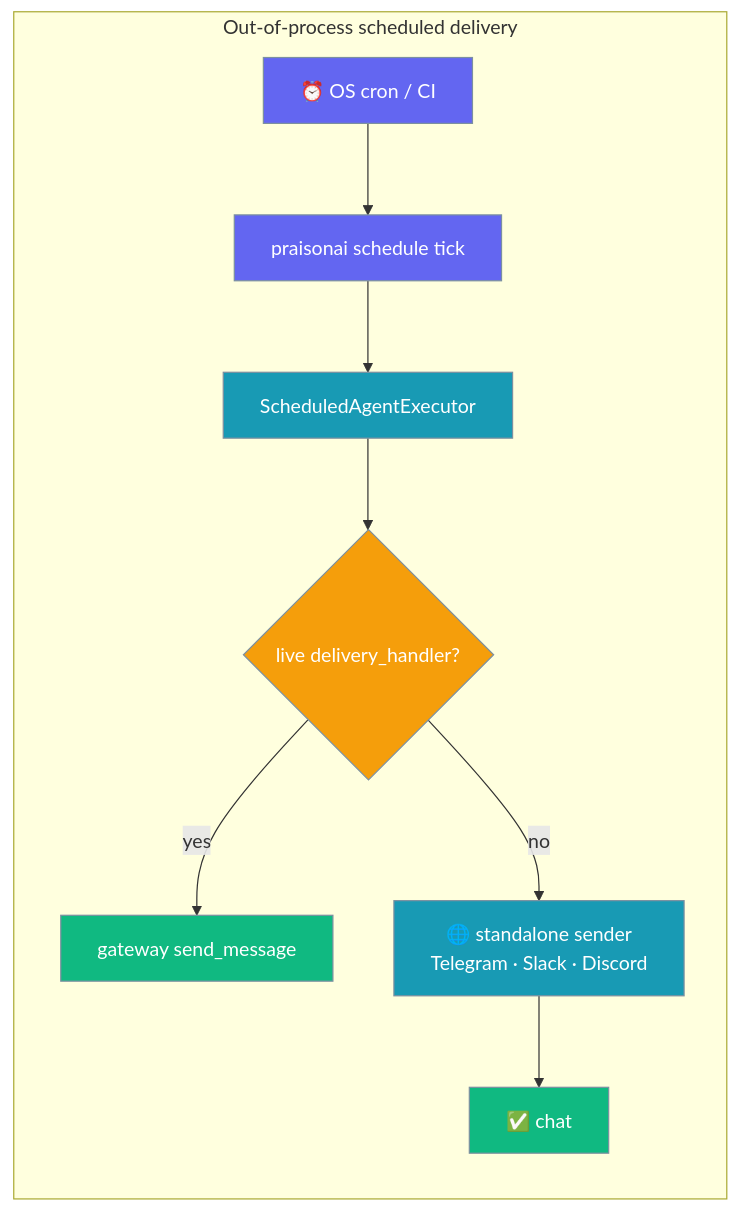
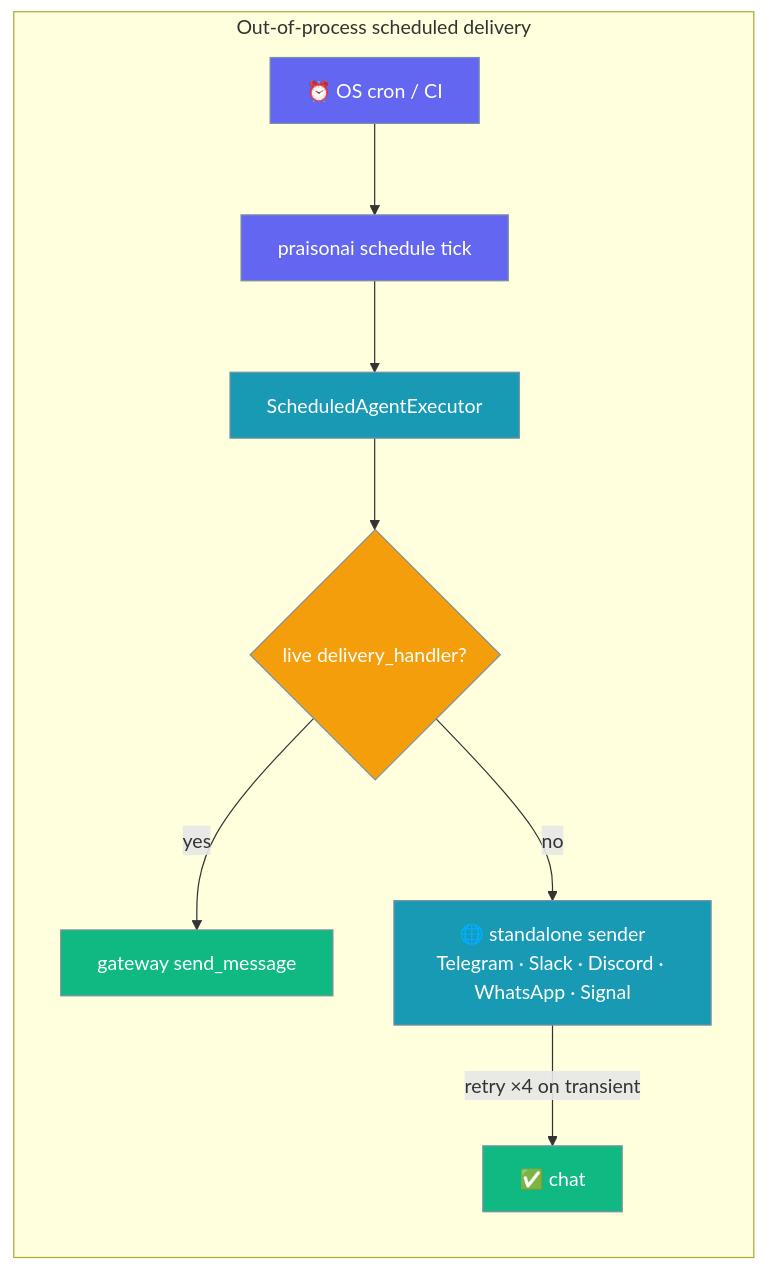
One commit to MervinPraison/PraisonAIDocs changed the fifth of 15 diagrams in docs/features/scheduler-delivery.mdx. Above: the diagram before and after it, drawn with Mermaid. The commit also changed other lines of this file and 3 other files, not shown here.

First line of the commit message:
docs: standalone WhatsApp + Signal senders and bounded retry for scheduler delivery (fixes #3034)

````diff
--- a/docs/features/scheduler-delivery.mdx
+++ b/docs/features/scheduler-delivery.mdx
@@ -340,21 +340,21 @@
 ```mermaid
 graph LR
     subgraph "Out-of-process scheduled delivery"
         Cron[⏰ OS cron / CI] --> Tick[praisonai schedule tick]
         Tick --> Exec[ScheduledAgentExecutor]
         Exec --> Live{live delivery_handler?}
         Live -- yes --> LiveOK[gateway send_message]
-        Live -- no --> Standalone[🌐 standalone sender<br/>Telegram · Slack · Discord]
-        Standalone --> Chat[✅ chat]
+        Live -- no --> Standalone[🌐 standalone sender<br/>Telegram · Slack · Discord · WhatsApp · Signal]
+        Standalone -- retry ×4 on transient --> Chat[✅ chat]
     end
 
     classDef trigger fill:#6366F1,stroke:#7C90A0,color:#fff
     classDef process fill:#189AB4,stroke:#7C90A0,color:#fff
     classDef branch  fill:#F59E0B,stroke:#7C90A0,color:#fff
     classDef out     fill:#10B981,stroke:#7C90A0,color:#fff
 
     class Cron,Tick trigger
     class Exec,Standalone process
     class Live branch
     class LiveOK,Chat out
 ```
````
